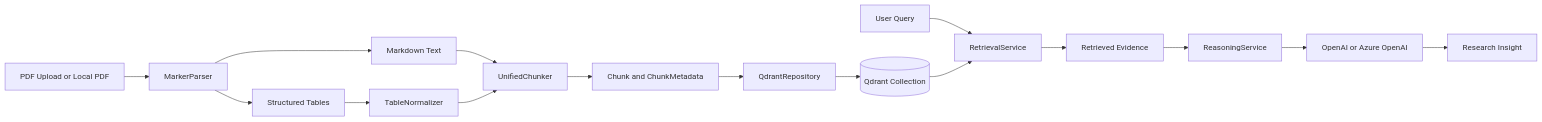
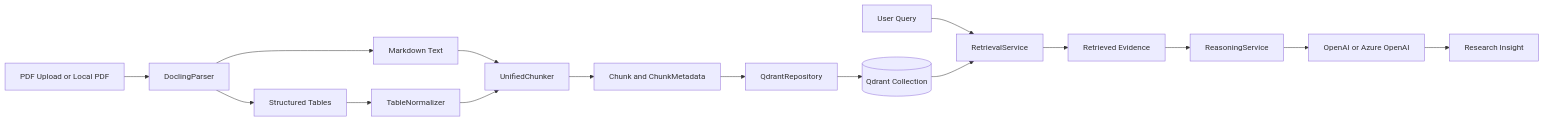
One commit to AlessiaYanChen/medical-research-rag-pipeline changed the first of 2 diagrams in README.md. Above: the diagram before and after it, drawn with Mermaid. The commit also changed other lines of this file and 2 other files, not shown here.

Commit message:
docs: promote docling as active parser

````diff
--- a/README.md
+++ b/README.md
@@ -77,18 +79,18 @@
 ```mermaid
 flowchart LR
-    A[PDF Upload or Local PDF] --> B[MarkerParser]
+    A[PDF Upload or Local PDF] --> B[DoclingParser]
     B --> C[Markdown Text]
     B --> D[Structured Tables]
     D --> E[TableNormalizer]
     C --> F[UnifiedChunker]
     E --> F
     F --> G[Chunk and ChunkMetadata]
     G --> H[QdrantRepository]
     H --> I[(Qdrant Collection)]
     J[User Query] --> K[RetrievalService]
     I --> K
     K --> L[Retrieved Evidence]
     L --> M[ReasoningService]
     M --> N[OpenAI or Azure OpenAI]
     N --> O[Research Insight]
 ```
````
